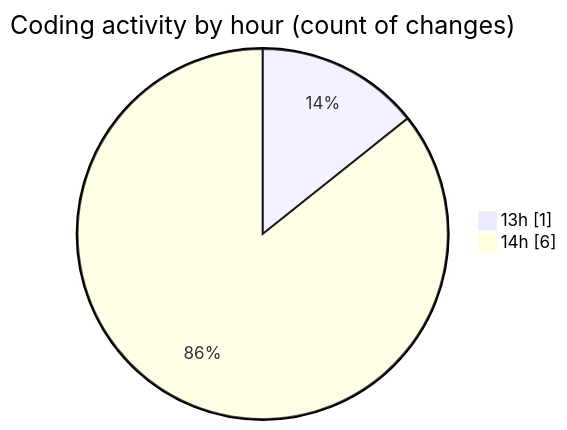
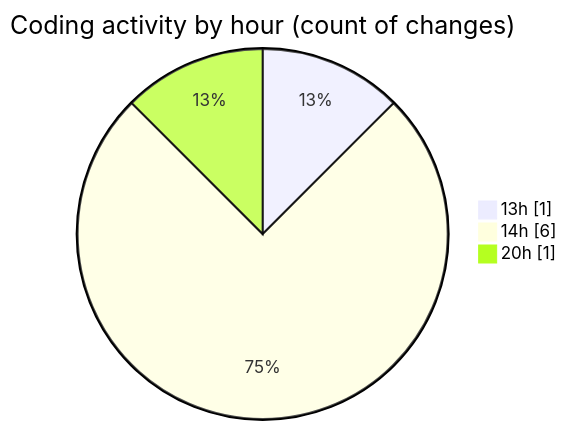
The second of 2 diagrams in 2025-01-08/maps_clone/README.md (donsfak/code-tracking), drawn with Mermaid before and after one commit. The commit also changed other lines of this file and 1 other file, not shown here.

````diff
--- a/2025-01-08/maps_clone/README.md
+++ b/2025-01-08/maps_clone/README.md
@@ -28,6 +30,7 @@
 ```mermaid
 pie showData
 title Coding activity by hour (count of changes)
 "13h" : 1
 "14h" : 6
+"20h" : 1
 ```
````
